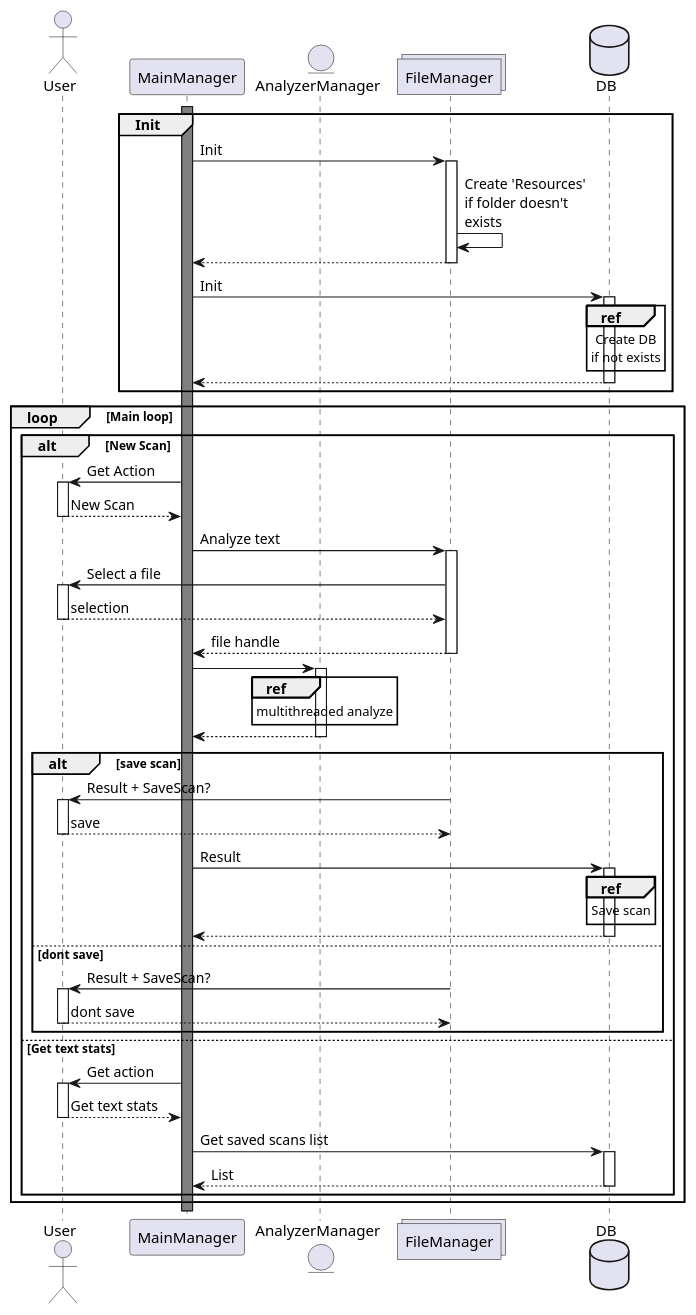
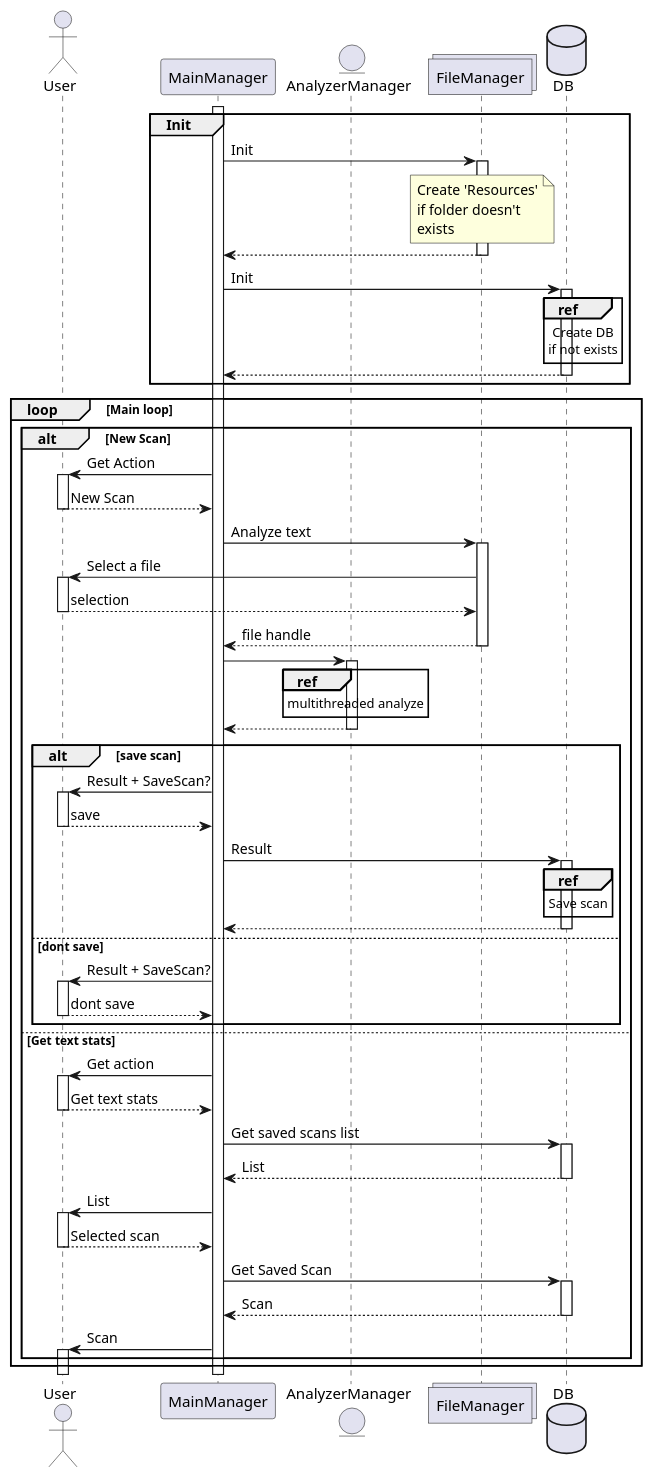
The diagram in diagrams/Sequence_V02.puml (Mimeas-Studies/pgr3302-1-Software-Design-Exam), drawn with PlantUML before and after one commit.

Commit message:
Unfinished sequence diagram

```diff
--- a/diagrams/Sequence_V02.puml
+++ b/diagrams/Sequence_V02.puml
@@ -1,82 +1,77 @@
 @startuml
 'https://plantuml.com/sequence-diagram
 
 'participents
 actor User
 participant MainManager
 entity AnalyzerManager
 collections FileManager
 database DB
 
+autoactivate on
+
+activate MainManager 
+
 group Init 
 
-activate MainManager #grey
-
 MainManager -> FileManager: Init
-activate FileManager
-FileManager -> FileManager: Create 'Resources'\nif folder doesn't\nexists
+note over FileManager: Create 'Resources'\nif folder doesn't\nexists
 return
 
 MainManager -> DB: Init
-activate DB
 ref over DB: Create DB\nif not exists
 return
 
 end group
 
 loop Main loop
 
 alt New Scan
 
 MainManager -> User: Get Action
-activate User
-
 return New Scan
 
 MainManager -> FileManager: Analyze text
-activate FileManager
-
     FileManager -> User: Select a file
-    activate User
     return selection
     
 return file handle
     
 MainManager -> AnalyzerManager
-    activate AnalyzerManager
     ref over AnalyzerManager: multithreaded analyze
 return
 
 alt save scan
-FileManager -> User: Result + SaveScan?
-activate User
+MainManager -> User: Result + SaveScan?
 return save
 
 MainManager -> DB: Result
-    activate DB
     ref over DB: Save scan
 return
     
 else dont save
-FileManager -> User: Result + SaveScan?
-activate User
+MainManager -> User: Result + SaveScan?
 return dont save
 
 end alt
 
 else Get text stats
 
 MainManager -> User: Get action
-activate User
 return Get text stats
 
 MainManager -> DB: Get saved scans list
-activate DB
 return List
 
+MainManager -> User: List
+return Selected scan
 
+MainManager -> DB: Get Saved Scan
+return Scan
+
+MainManager -> User: Scan
 
 end alt
 
 end loop
 @enduml
```
